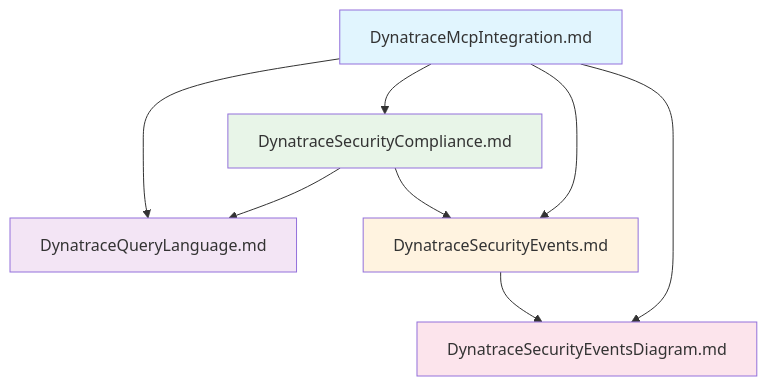
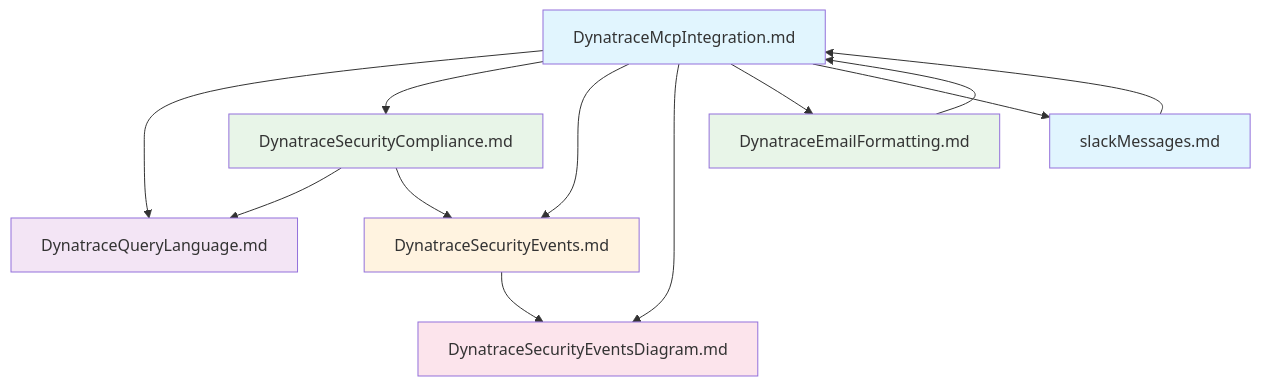
Before and after one commit to theharithsa/dynatrace-mcp-otel: the diagram in dynatrace-agent-rules/rules/README.md, drawn with Mermaid. The commit also changed other lines of this file and 24 other files, not shown here.

````diff
--- a/dynatrace-agent-rules/rules/README.md
+++ b/dynatrace-agent-rules/rules/README.md
@@ -43,17 +45,23 @@
 ```mermaid
 graph TD
     A[DynatraceMcpIntegration.md] --> B[DynatraceQueryLanguage.md]
     A --> C[DynatraceSecurityCompliance.md]
     A --> D[DynatraceSecurityEvents.md]
     A --> E[DynatraceSecurityEventsDiagram.md]
+    A --> F[DynatraceEmailFormatting.md]
+    A --> G[slackMessages.md]
 
     C --> B
     C --> D
     D --> E
+    F --> A
+    G --> A
 
     style A fill:#e1f5fe
     style B fill:#f3e5f5
     style C fill:#e8f5e8
     style D fill:#fff3e0
     style E fill:#fce4ec
+    style F fill:#e8f5e8
+    style G fill:#e1f5fe
 ```
````
